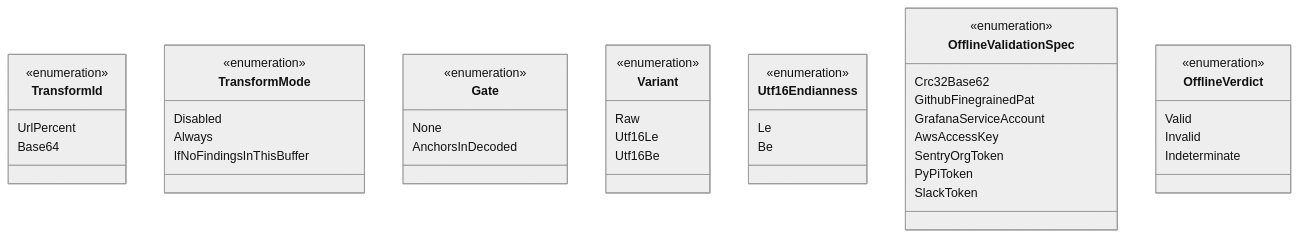
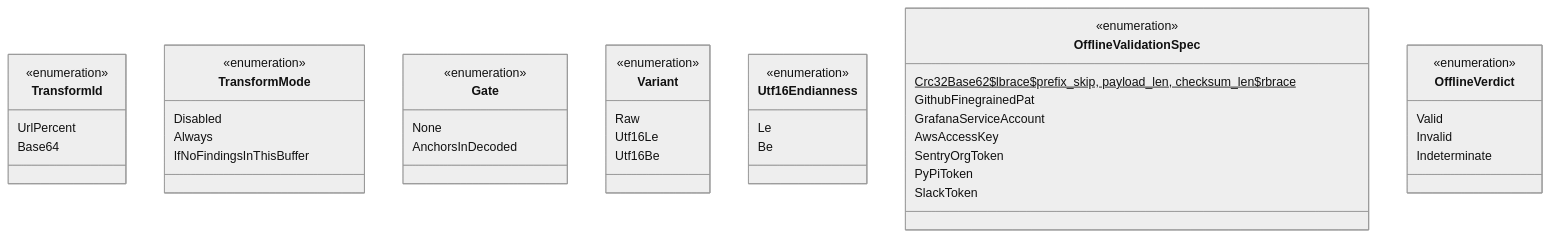
One commit to ahrav/Gossip-rs changed the fourth of 6 diagrams in docs/data-types.md. Above: the diagram before and after it, drawn with Mermaid (neutral theme). The commit also changed other lines of this file and 58 other files, not shown here.

````diff
--- a/docs/data-types.md
+++ b/docs/data-types.md
@@ -407,52 +410,52 @@
 ```mermaid
 classDiagram
     class TransformId {
         <<enumeration>>
         UrlPercent
         Base64
     }
 
     class TransformMode {
         <<enumeration>>
         Disabled
         Always
         IfNoFindingsInThisBuffer
     }
 
     class Gate {
         <<enumeration>>
         None
         AnchorsInDecoded
     }
 
     class Variant {
         <<enumeration>>
         Raw
         Utf16Le
         Utf16Be
     }
 
     class Utf16Endianness {
         <<enumeration>>
         Le
         Be
     }
 
     class OfflineValidationSpec {
         <<enumeration>>
-        Crc32Base62
+        Crc32Base62$lbrace$prefix_skip, payload_len, checksum_len$rbrace$
         GithubFinegrainedPat
         GrafanaServiceAccount
         AwsAccessKey
         SentryOrgToken
         PyPiToken
         SlackToken
     }
 
     class OfflineVerdict {
         <<enumeration>>
         Valid
         Invalid
         Indeterminate
     }
 ```
````
